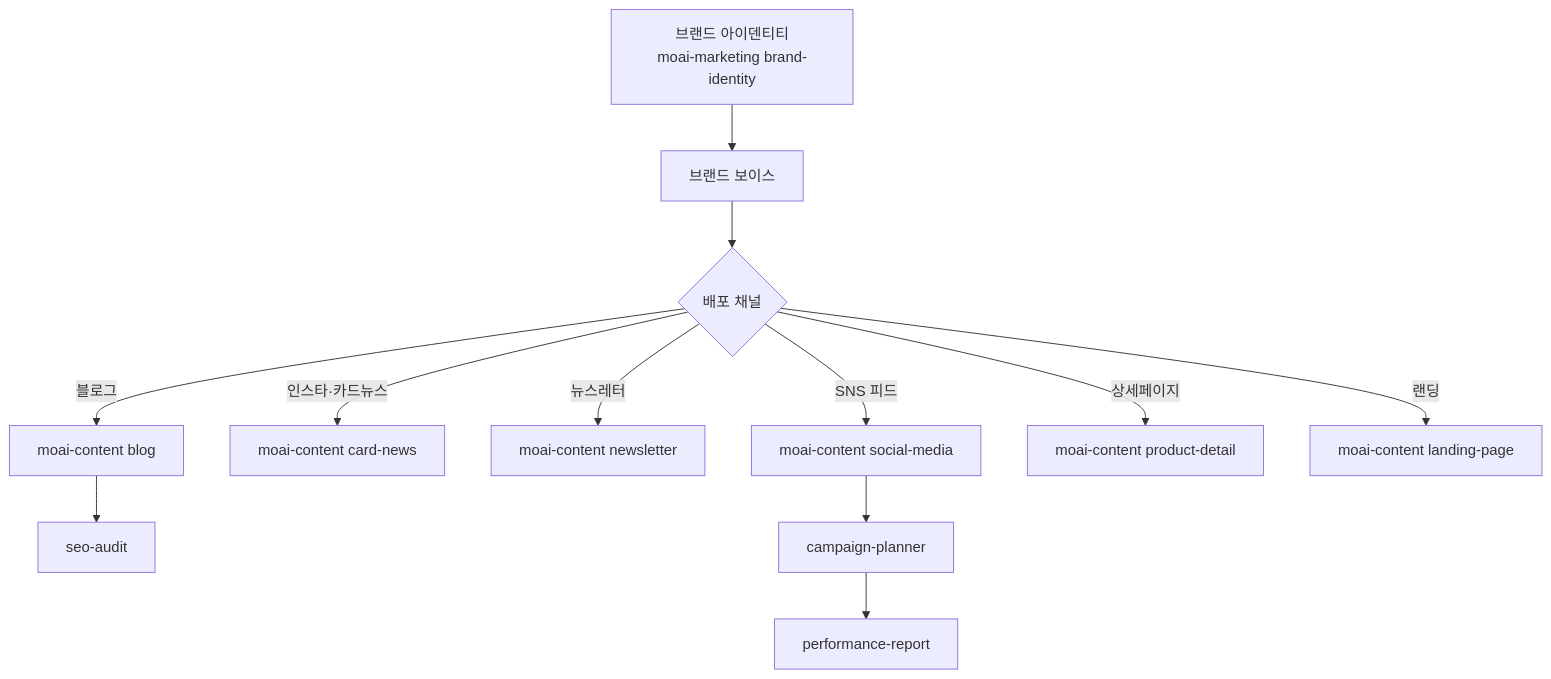
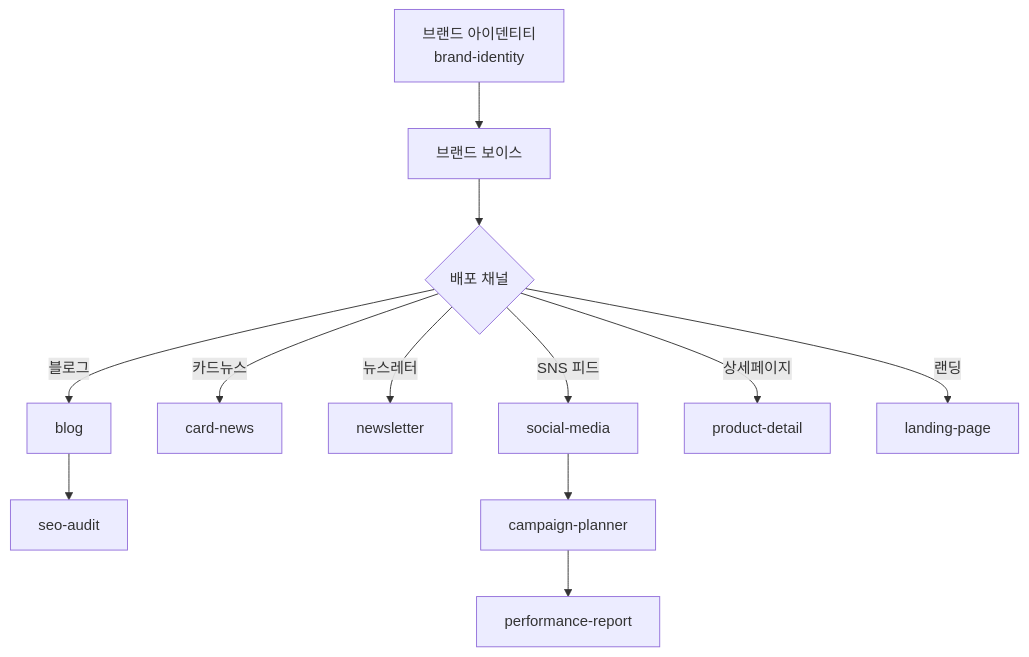
Before and after one commit to modu-ai/claude: the diagram in content/cookbook/track-marketing.md, drawn with Mermaid. The commit also changed other lines of this file and 92 other files, not shown here.

First line of the commit message:
chore(release): v2.11.0 — moai-media 16→4 + 강의 컨텍스트 완전 제거 + 166 sync points

````diff
--- a/content/cookbook/track-marketing.md
+++ b/content/cookbook/track-marketing.md
@@ -15,15 +17,15 @@
 ```mermaid
 flowchart TB
-    Brand[브랜드 아이덴티티<br/>moai-marketing brand-identity] --> Voice[브랜드 보이스]
-    Voice --> Channels{배포 채널}
-    Channels -->|블로그| Blog[moai-content blog]
-    Channels -->|인스타·카드뉴스| Card[moai-content card-news]
-    Channels -->|뉴스레터| News[moai-content newsletter]
-    Channels -->|SNS 피드| Social[moai-content social-media]
-    Channels -->|상세페이지| Detail[moai-content product-detail]
-    Channels -->|랜딩| Landing[moai-content landing-page]
+    Brand["브랜드 아이덴티티<br/>brand-identity"] --> Voice["브랜드 보이스"]
+    Voice --> Channels{"배포 채널"}
+    Channels -->|블로그| Blog["blog"]
+    Channels -->|카드뉴스| Card["card-news"]
+    Channels -->|뉴스레터| News["newsletter"]
+    Channels -->|SNS 피드| Social["social-media"]
+    Channels -->|상세페이지| Detail["product-detail"]
+    Channels -->|랜딩| Landing["landing-page"]
 
-    Blog --> SEO[seo-audit]
-    Social --> Campaign[campaign-planner]
-    Campaign --> Report[performance-report]
+    Blog --> SEO["seo-audit"]
+    Social --> Campaign["campaign-planner"]
+    Campaign --> Report["performance-report"]
 ```
````
